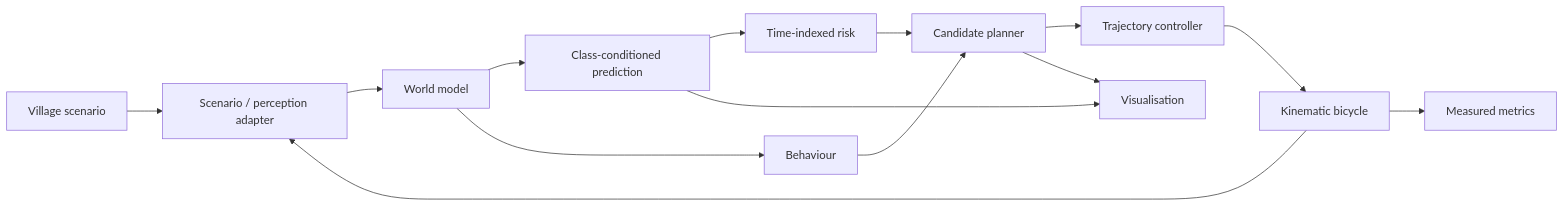
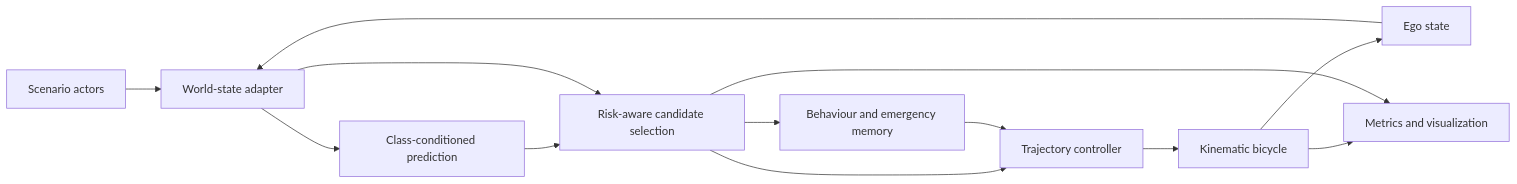
The diagram in README.md (PathWeaverr/PathWeaver), drawn with Mermaid before and after one commit. The commit also changed other lines of this file and 16 other files, not shown here.

````diff
--- a/README.md
+++ b/README.md
@@ -44,16 +62,15 @@
 ```mermaid
 flowchart LR
-    S[Village scenario] --> A[Scenario / perception adapter]
-    A --> W[World model]
+    S[Scenario actors] --> W[World-state adapter]
+    E[Ego state] --> W
     W --> P[Class-conditioned prediction]
-    P --> R[Time-indexed risk]
-    W --> B[Behaviour]
-    R --> T[Candidate planner]
-    B --> T
+    P --> T[Risk-aware candidate selection]
+    W --> T
+    T --> B[Behaviour and emergency memory]
     T --> C[Trajectory controller]
+    B --> C
     C --> V[Kinematic bicycle]
-    V --> A
-    P --> Z[Visualisation]
-    T --> Z
-    V --> M[Measured metrics]
+    V --> E
+    V --> M[Metrics and visualization]
+    T --> M
 ```
````
